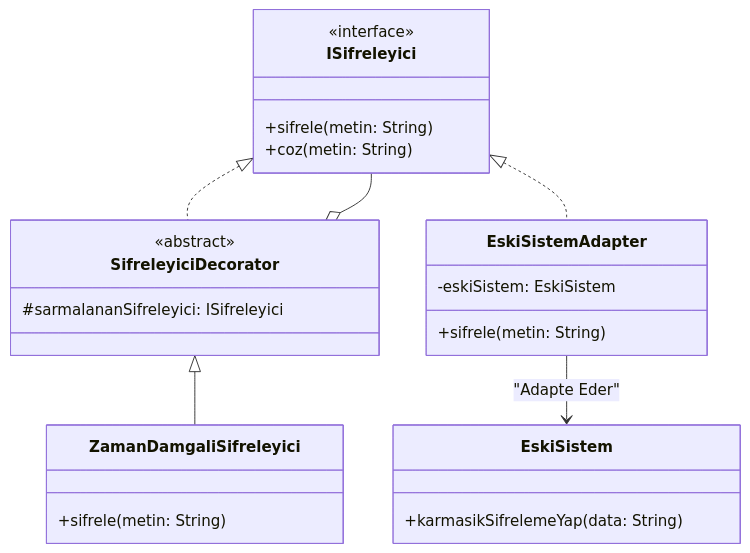
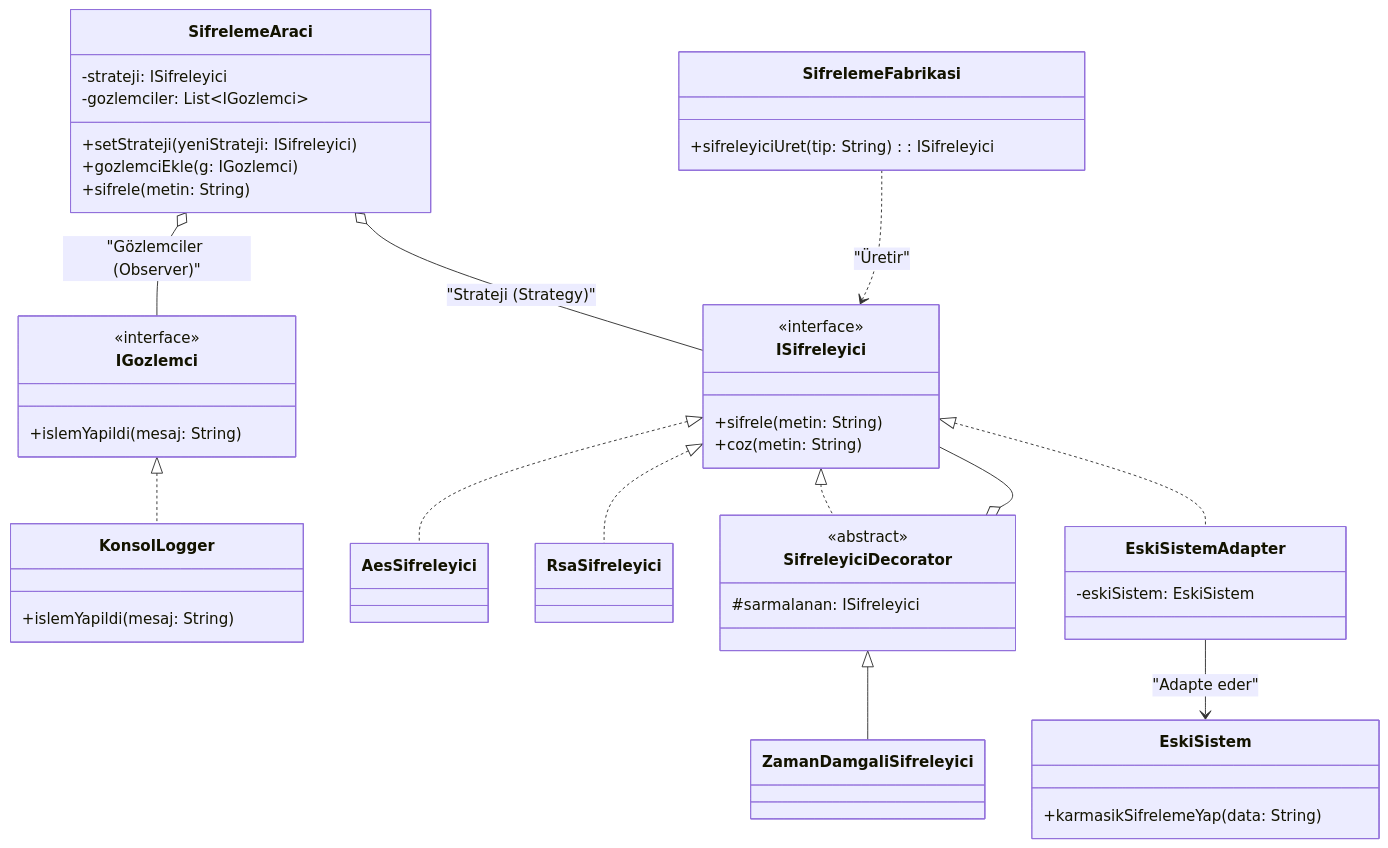
One commit to ardaky/SOLID-homework changed the diagram in PATTERNS.md. Above: the diagram before and after it, drawn with Mermaid. The commit also changed other lines of this file and 6 other files, not shown here.

Commit message:
feat: Strategy ve Observer örüntüleri uygulandı; CI pipeline eklendi (Faz 3)

````diff
--- a/PATTERNS.md
+++ b/PATTERNS.md
@@ -58,32 +35,65 @@
 ```mermaid
 classDiagram
     direction TB
+    
+    %% Behavioral - Observer
+    class IGozlemci {
+        <<interface>>
+        +islemYapildi(mesaj: String)
+    }
+    class KonsolLogger {
+        +islemYapildi(mesaj: String)
+    }
+    IGozlemci <|.. KonsolLogger
+    
+    %% Core Interfaces
     class ISifreleyici {
         <<interface>>
         +sifrele(metin: String)
         +coz(metin: String)
     }
-
+    
+    %% Strategy Context
+    class SifrelemeAraci {
+        -strateji: ISifreleyici
+        -gozlemciler: List~IGozlemci~
+        +setStrateji(yeniStrateji: ISifreleyici)
+        +gozlemciEkle(g: IGozlemci)
+        +sifrele(metin: String)
+    }
+    
+    SifrelemeAraci o-- ISifreleyici : "Strateji (Strategy)"
+    SifrelemeAraci o-- IGozlemci : "Gözlemciler (Observer)"
+    
+    %% Creational - Factory
+    class SifrelemeFabrikasi {
+        +sifreleyiciUret(tip: String): ISifreleyici
+    }
+    SifrelemeFabrikasi ..> ISifreleyici : "Üretir"
+    
+    %% Concrete Strategies
+    class AesSifreleyici
+    class RsaSifreleyici
+    ISifreleyici <|.. AesSifreleyici
+    ISifreleyici <|.. RsaSifreleyici
+    
+    %% Structural - Decorator
     class SifreleyiciDecorator {
         <<abstract>>
-        #sarmalananSifreleyici: ISifreleyici
+        #sarmalanan: ISifreleyici
     }
+    class ZamanDamgaliSifreleyici
     ISifreleyici <|.. SifreleyiciDecorator
     SifreleyiciDecorator o-- ISifreleyici
-
-    class ZamanDamgaliSifreleyici {
-        +sifrele(metin: String)
-    }
     SifreleyiciDecorator <|-- ZamanDamgaliSifreleyici
-
+    
+    %% Structural - Adapter
     class EskiSistem {
         +karmasikSifrelemeYap(data: String)
     }
-
     class EskiSistemAdapter {
         -eskiSistem: EskiSistem
-        +sifrele(metin: String)
     }
     ISifreleyici <|.. EskiSistemAdapter
-    EskiSistemAdapter --> EskiSistem : "Adapte Eder"
+    EskiSistemAdapter --> EskiSistem : "Adapte eder"
 ```
````
